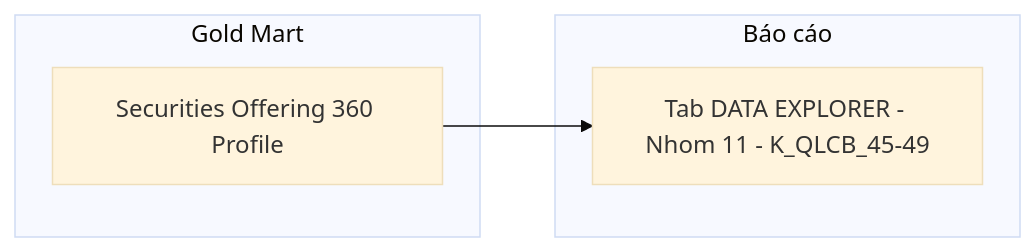
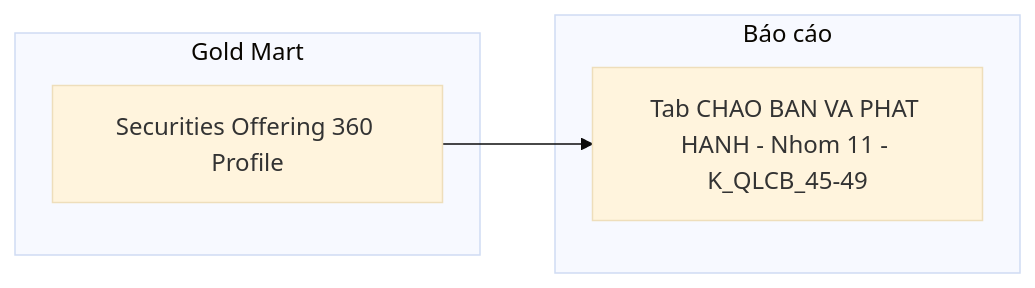
Before and after one commit to linhlvit/ubck_atomic_design: diagram 13 of 14 in Gold/hld/GOLD_QLCB_HLD.md, drawn with Mermaid (base theme). The commit also changed other lines of this file, not shown here.

Commit message:
update HLD QLCB

````diff
--- a/Gold/hld/GOLD_QLCB_HLD.md
+++ b/Gold/hld/GOLD_QLCB_HLD.md
@@ -848,10 +698,10 @@
 ```mermaid
 flowchart LR
     subgraph GOLD["Gold Mart"]
         G1["Securities Offering 360 Profile"]
     end
     subgraph RPT["Báo cáo"]
-        R11["Tab DATA EXPLORER - Nhom 11 - K_QLCB_45-49"]
+        R11["Tab CHAO BAN VA PHAT HANH - Nhom 11 - K_QLCB_45-49"]
     end
     G1 --> R11
 ```
````
